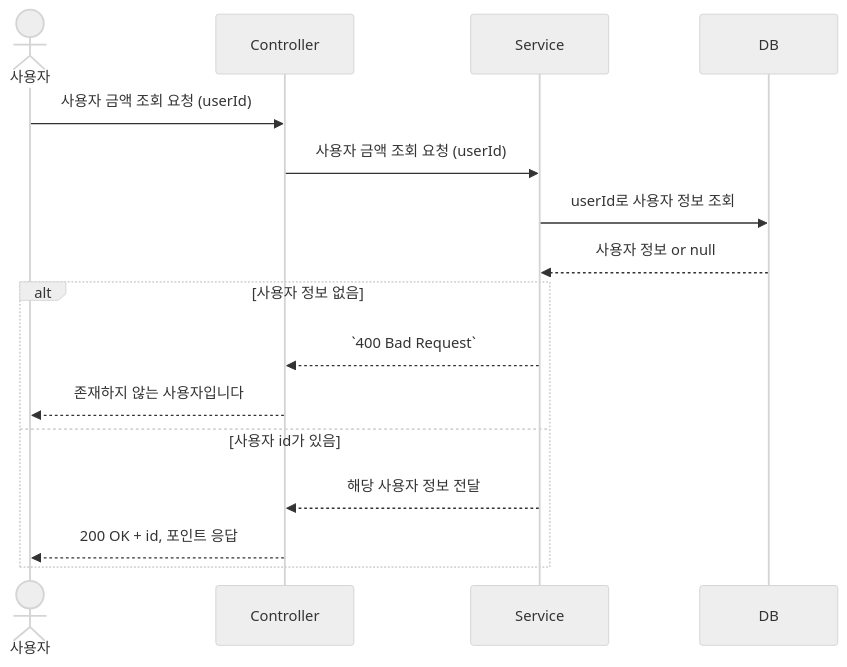
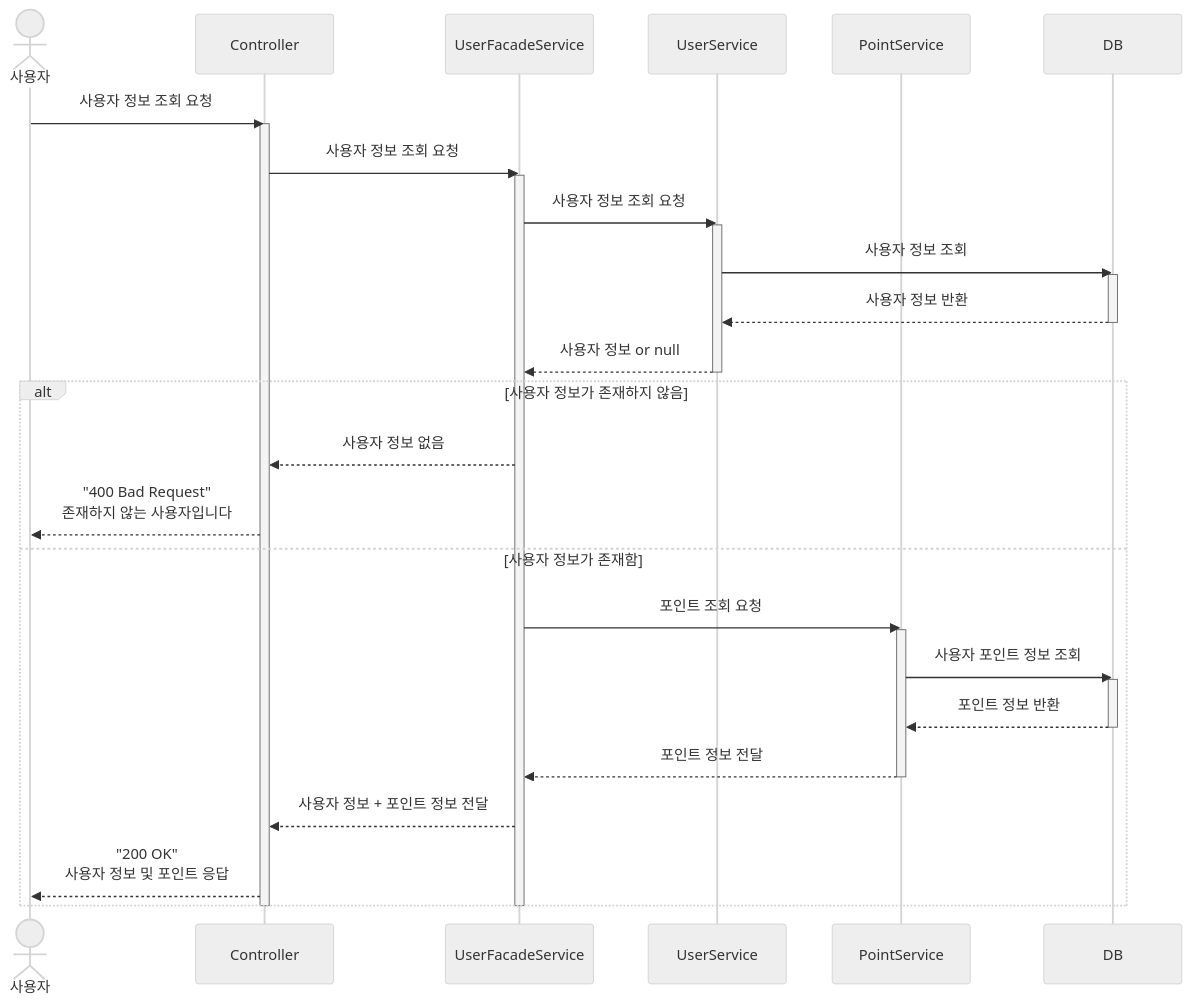
One commit to maengjjin/hhplus-service changed the first of 8 diagrams in docs/SequenceDiagram.md. Above: the diagram before and after it, drawn with Mermaid (neutral theme). The commit also changed other lines of this file, not shown here.

Commit message:
- 시퀀스 다이어그램 수정 (Actor 추가 및 파사드 패턴 반영) close #4

````diff
--- a/docs/SequenceDiagram.md
+++ b/docs/SequenceDiagram.md
@@ -4,20 +4,47 @@
 ```mermaid
 sequenceDiagram
     actor User as 사용자
     participant Controller
-    participant Service
+    participant UserFacadeService
+    participant UserService
+    participant PointService
     participant DB
 
-    User ->> Controller: 사용자 금액 조회 요청 (userId)
-    Controller ->> Service: 사용자 금액 조회 요청 (userId)
-    Service ->> DB: userId로 사용자 정보 조회
-    DB -->> Service: 사용자 정보 or null
+    User ->> Controller: 사용자 정보 조회 요청
+    activate Controller
 
-    alt 사용자 정보 없음
-        Service -->> Controller: `400 Bad Request`
-        Controller -->> User: 존재하지 않는 사용자입니다
-    else 사용자 id가 있음
-        Service -->> Controller: 해당 사용자 정보 전달
-        Controller -->> User: 200 OK + id, 포인트 응답
+    Controller ->> UserFacadeService: 사용자 정보 조회 요청
+    activate UserFacadeService
+
+    UserFacadeService ->> UserService: 사용자 정보 조회 요청
+    activate UserService
+
+    UserService ->> DB: 사용자 정보 조회
+    activate DB
+    DB -->> UserService: 사용자 정보 반환
+    deactivate DB
+    UserService -->> UserFacadeService: 사용자 정보 or null
+    deactivate UserService
+
+    alt 사용자 정보가 존재하지 않음
+        UserFacadeService -->> Controller: 사용자 정보 없음
+        Controller -->> User: "400 Bad Request"<br>존재하지 않는 사용자입니다
+    else 사용자 정보가 존재함
+        UserFacadeService ->> PointService: 포인트 조회 요청
+        activate PointService
+
+        PointService ->> DB: 사용자 포인트 정보 조회
+        activate DB
+        DB -->> PointService: 포인트 정보 반환
+        deactivate DB
+
+        PointService -->> UserFacadeService: 포인트 정보 전달
+        deactivate PointService
+
+        UserFacadeService -->> Controller: 사용자 정보 + 포인트 정보 전달
+        Controller -->> User: "200 OK"<br>사용자 정보 및 포인트 응답
     end
+
+    deactivate UserFacadeService
+    deactivate Controller
 ```
````
